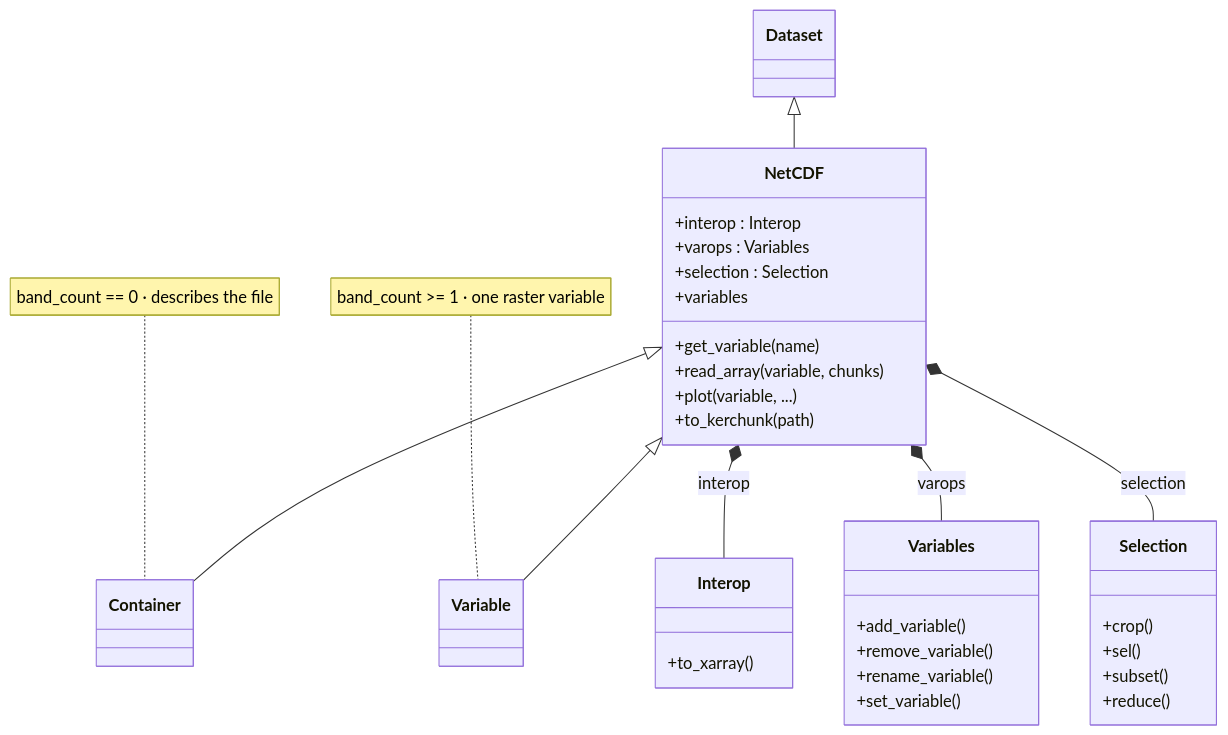
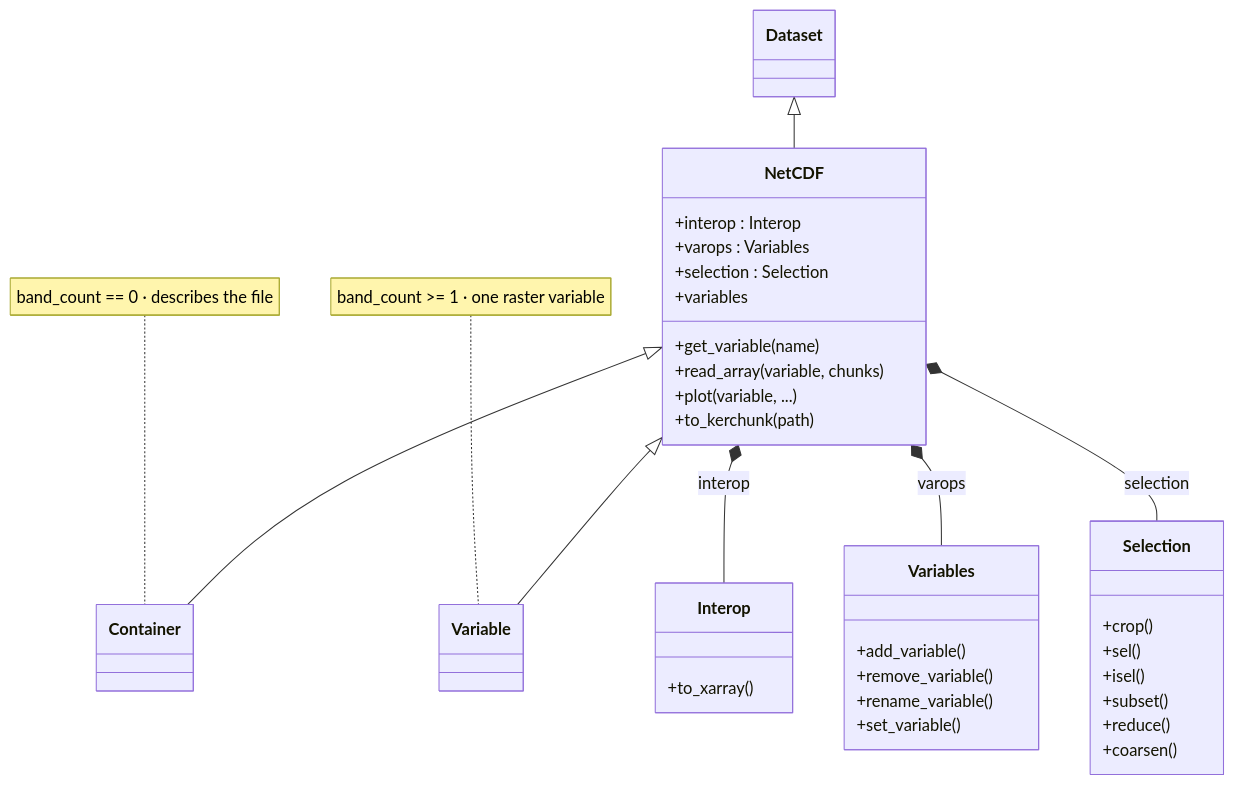
The second of 3 diagrams in docs/reference/netcdf/index.md (serapeum-org/pyramids), drawn with Mermaid before and after one commit. The commit also changed 15 other files, not shown here.

````diff
--- a/docs/reference/netcdf/index.md
+++ b/docs/reference/netcdf/index.md
@@ -40,39 +40,41 @@
 ```mermaid
 classDiagram
     class Dataset
     class NetCDF {
       +interop : Interop
       +varops : Variables
       +selection : Selection
       +variables
       +get_variable(name)
       +read_array(variable, chunks)
       +plot(variable, ...)
       +to_kerchunk(path)
     }
     class Container
     class Variable
     class Interop {
       +to_xarray()
     }
     class Variables {
       +add_variable()
       +remove_variable()
       +rename_variable()
       +set_variable()
     }
     class Selection {
       +crop()
       +sel()
+      +isel()
       +subset()
       +reduce()
+      +coarsen()
     }
     Dataset <|-- NetCDF
     NetCDF <|-- Container
     NetCDF <|-- Variable
     NetCDF *-- Interop : interop
     NetCDF *-- Variables : varops
     NetCDF *-- Selection : selection
     note for Container "band_count == 0 · describes the file"
     note for Variable "band_count >= 1 · one raster variable"
 ```
````
